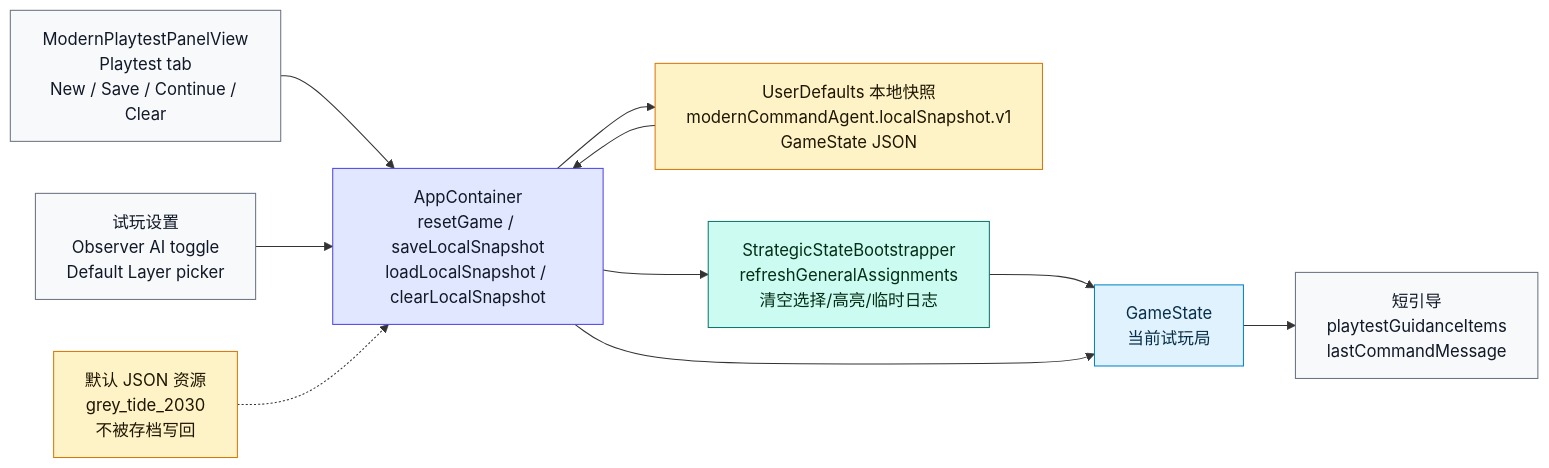
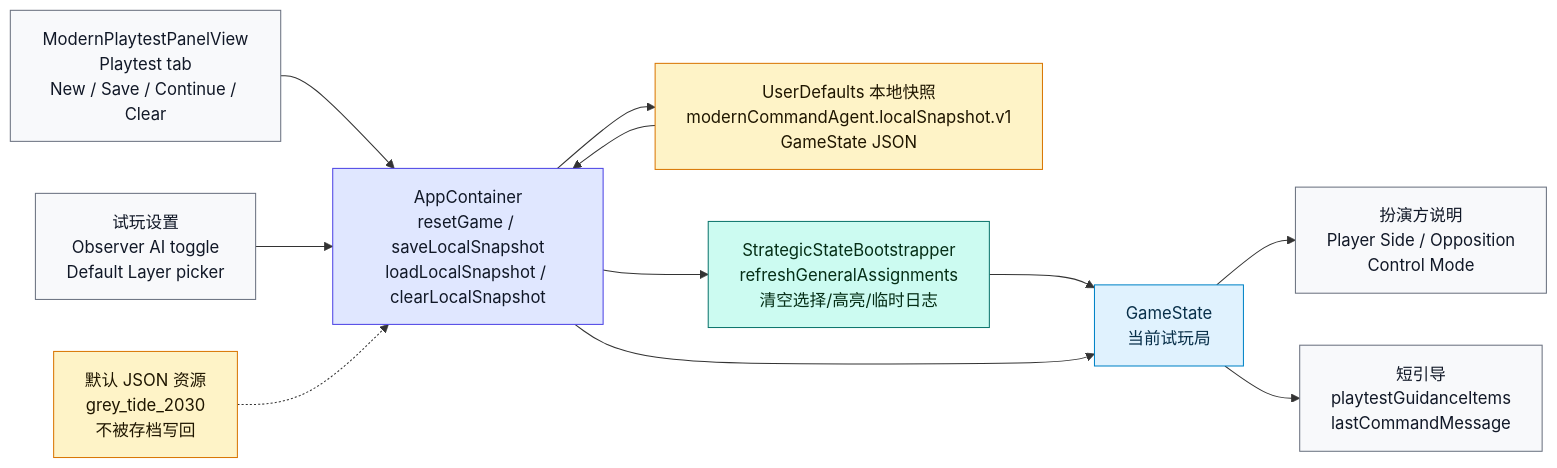
Diagram 11 of 20 in md/flow/flowchart.md (Altman-sam114/127), drawn with Mermaid before and after one commit. The commit also changed 7 other files, not shown here.

````diff
--- a/md/flow/flowchart.md
+++ b/md/flow/flowchart.md
@@ -321,25 +321,27 @@
 ```mermaid
 flowchart LR
     UI["ModernPlaytestPanelView<br/>Playtest tab<br/>New / Save / Continue / Clear"]:::display
     SETTINGS["试玩设置<br/>Observer AI toggle<br/>Default Layer picker"]:::display
+    ROLE["扮演方说明<br/>Player Side / Opposition<br/>Control Mode"]:::display
     GUIDE["短引导<br/>playtestGuidanceItems<br/>lastCommandMessage"]:::display
     APP["AppContainer<br/>resetGame / saveLocalSnapshot<br/>loadLocalSnapshot / clearLocalSnapshot"]:::app
     SNAP["UserDefaults 本地快照<br/>modernCommandAgent.localSnapshot.v1<br/>GameState JSON"]:::data
     BOOT["StrategicStateBootstrapper<br/>refreshGeneralAssignments<br/>清空选择/高亮/临时日志"]:::rules
     STATE["GameState<br/>当前试玩局"]:::state
     RES["默认 JSON 资源<br/>grey_tide_2030<br/>不被存档写回"]:::data
 
     UI --> APP
     SETTINGS --> APP
+    STATE --> ROLE
     STATE --> GUIDE
     APP --> SNAP
     SNAP --> APP --> BOOT --> STATE
     APP --> STATE
     RES -.-> APP
 
     classDef display fill:#f8f9fb,stroke:#6b7280,color:#111827
     classDef app fill:#e0e7ff,stroke:#4f46e5,color:#111827
     classDef data fill:#fef3c7,stroke:#d97706,color:#1f1600
     classDef rules fill:#ccfbf1,stroke:#0f766e,color:#052e16
     classDef state fill:#e0f2fe,stroke:#0284c7,color:#082f49
 ```
````
